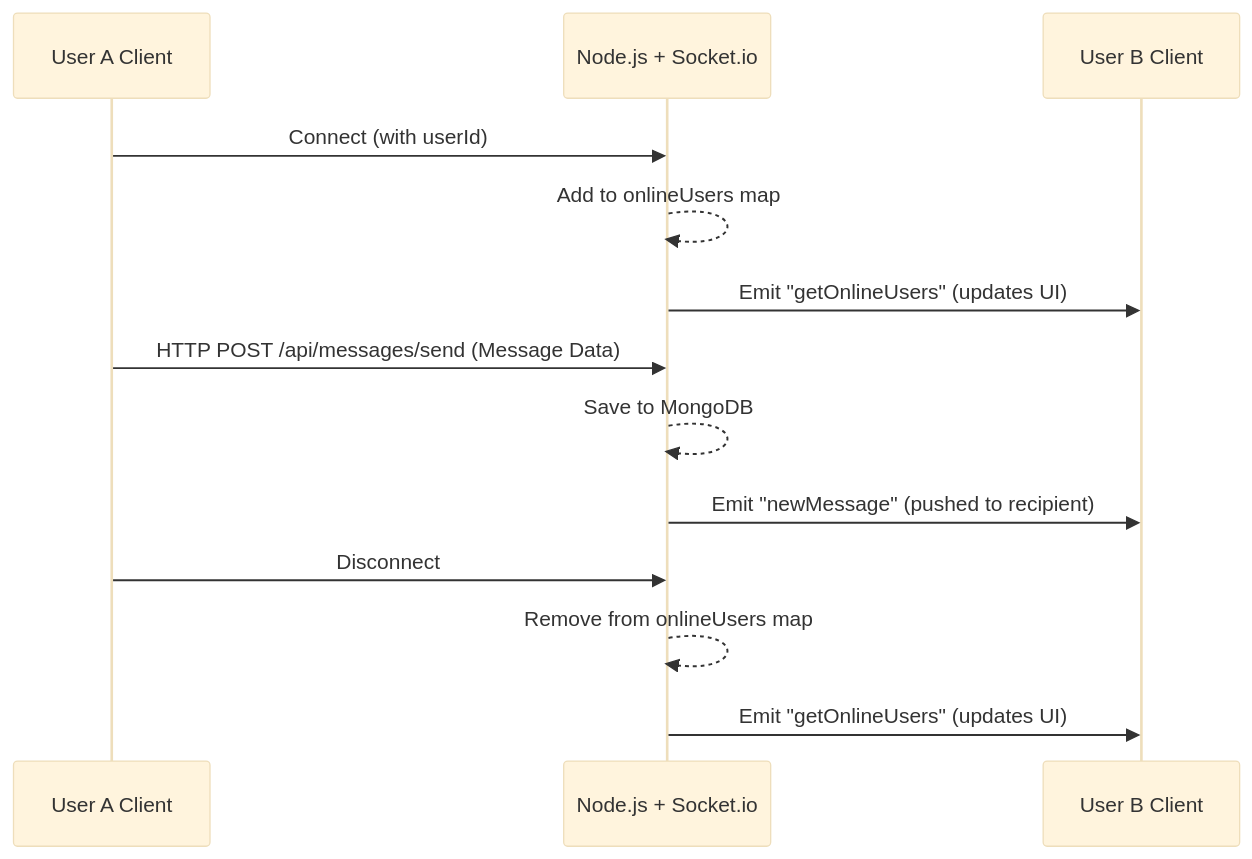
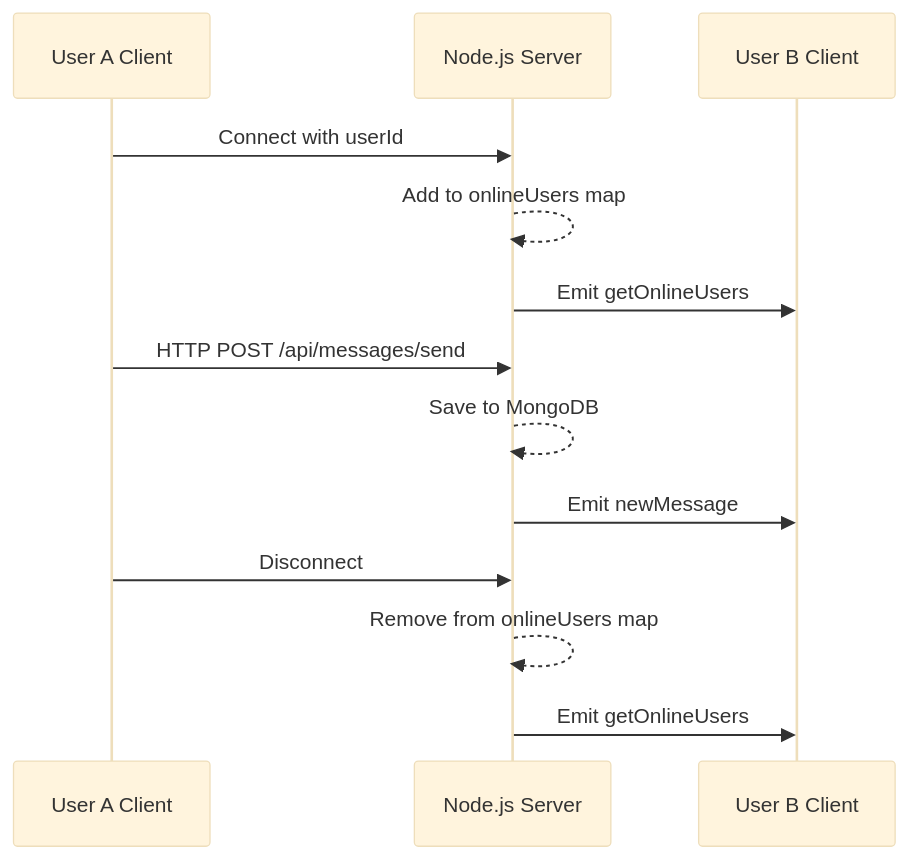
The second of 2 diagrams in README.md (Sid-LD/SocketSphere), drawn with Mermaid (base theme) before and after one commit. The commit also changed other lines of this file, not shown here.

````diff
--- a/README.md
+++ b/README.md
@@ -51,18 +51,18 @@
 ```mermaid
 sequenceDiagram
     participant UserA as User A Client
-    participant Server as Node.js + Socket.io
+    participant Server as Node.js Server
     participant UserB as User B Client
 
-    UserA->>Server: Connect (with userId)
+    UserA->>Server: Connect with userId
     Server-->>Server: Add to onlineUsers map
-    Server->>UserB: Emit "getOnlineUsers" (updates UI)
+    Server->>UserB: Emit getOnlineUsers
     
-    UserA->>Server: HTTP POST /api/messages/send (Message Data)
+    UserA->>Server: HTTP POST /api/messages/send
     Server-->>Server: Save to MongoDB
-    Server->>UserB: Emit "newMessage" (pushed to recipient)
+    Server->>UserB: Emit newMessage
     
     UserA->>Server: Disconnect
     Server-->>Server: Remove from onlineUsers map
-    Server->>UserB: Emit "getOnlineUsers" (updates UI)
+    Server->>UserB: Emit getOnlineUsers
 ```
````
